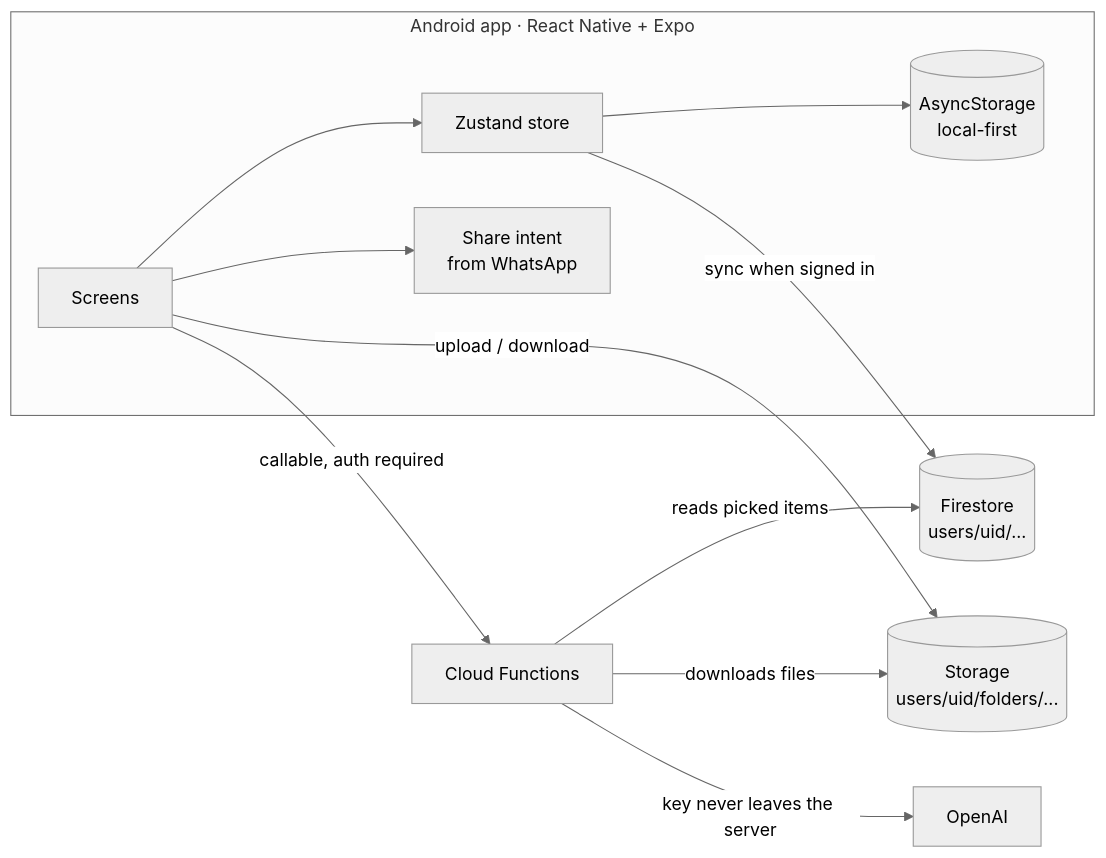
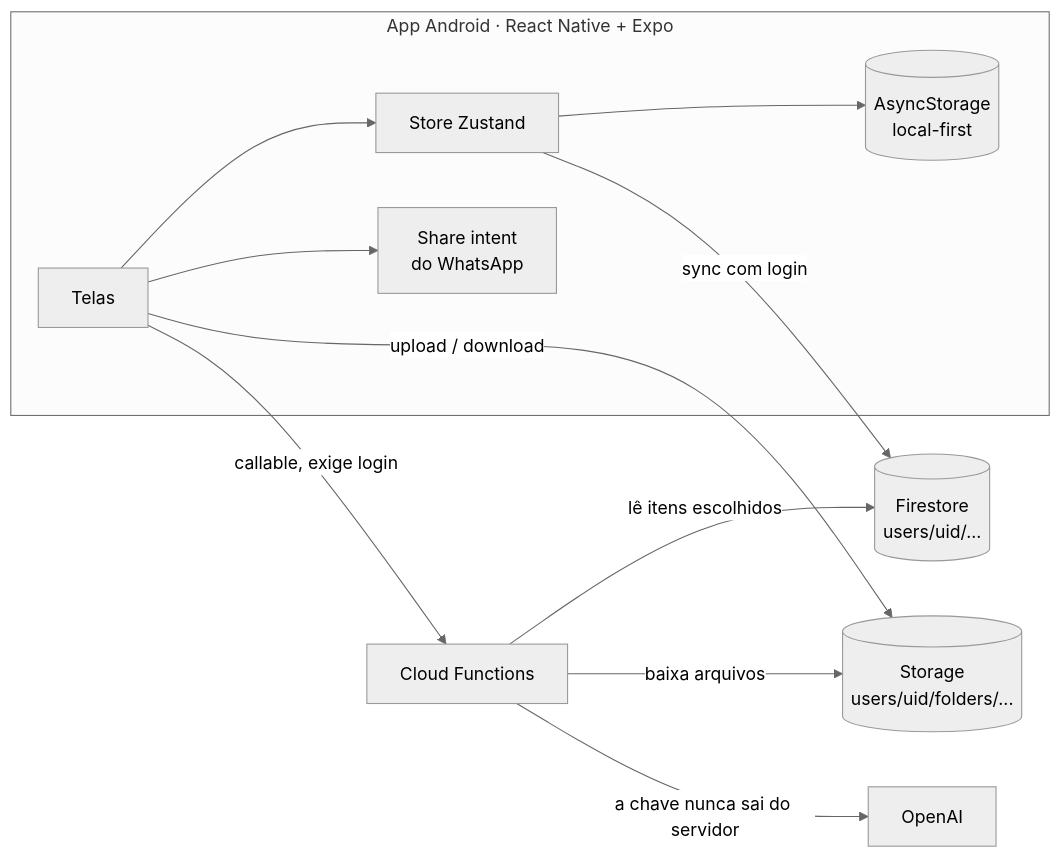
Before and after one commit to darkslipx/behappier-showcase: the diagram in README.md, drawn with Mermaid (neutral theme). The commit also changed other lines of this file and 8 other files, not shown here.

````diff
--- a/README.md
+++ b/README.md
@@ -39,14 +39,14 @@
 ```mermaid
 flowchart LR
-  subgraph Phone[Android app · React Native + Expo]
-    UI[Screens] --> Z[Zustand store]
+  subgraph Phone[App Android · React Native + Expo]
+    UI[Telas] --> Z[Store Zustand]
     Z --> AS[(AsyncStorage<br/>local-first)]
-    UI --> SH[Share intent<br/>from WhatsApp]
+    UI --> SH[Share intent<br/>do WhatsApp]
   end
-  Z -->|sync when signed in| FS[(Firestore<br/>users/uid/...)]
+  Z -->|sync com login| FS[(Firestore<br/>users/uid/...)]
   UI -->|upload / download| ST[(Storage<br/>users/uid/folders/...)]
-  UI -->|callable, auth required| CF[Cloud Functions]
-  CF -->|reads picked items| FS
-  CF -->|downloads files| ST
-  CF -->|key never leaves the server| OAI[OpenAI]
+  UI -->|callable, exige login| CF[Cloud Functions]
+  CF -->|lê itens escolhidos| FS
+  CF -->|baixa arquivos| ST
+  CF -->|a chave nunca sai do servidor| OAI[OpenAI]
 ```
````
